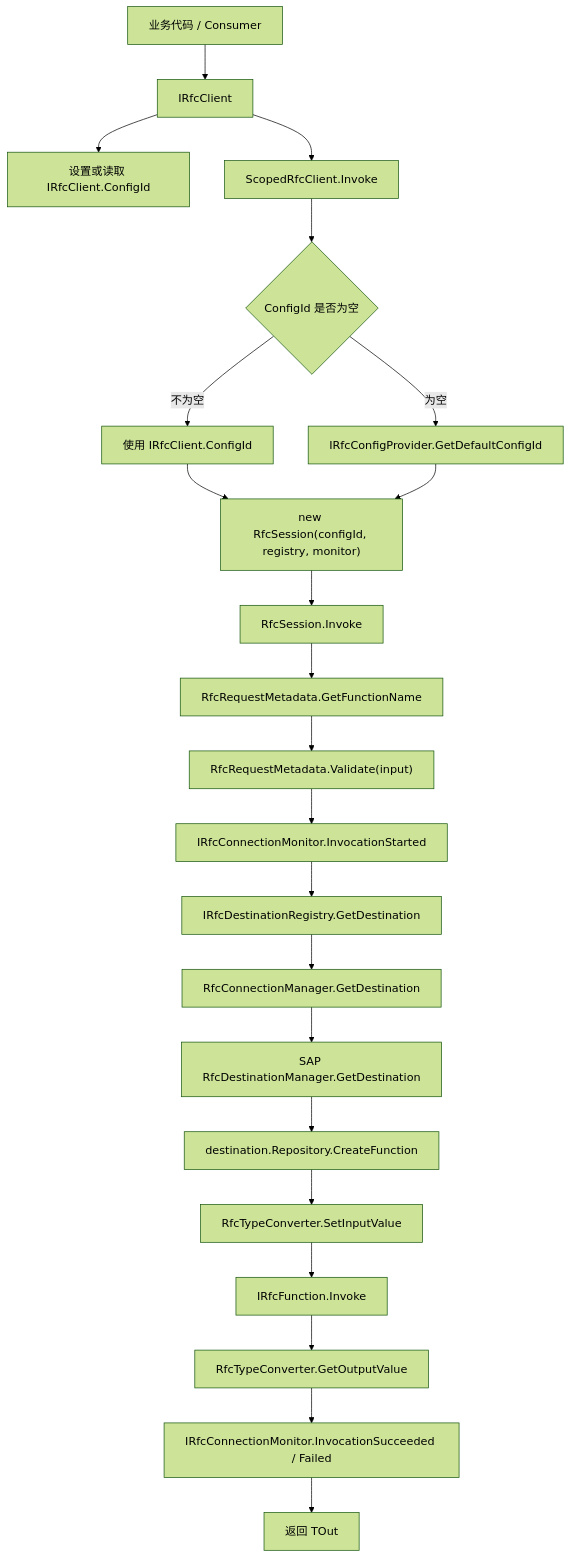
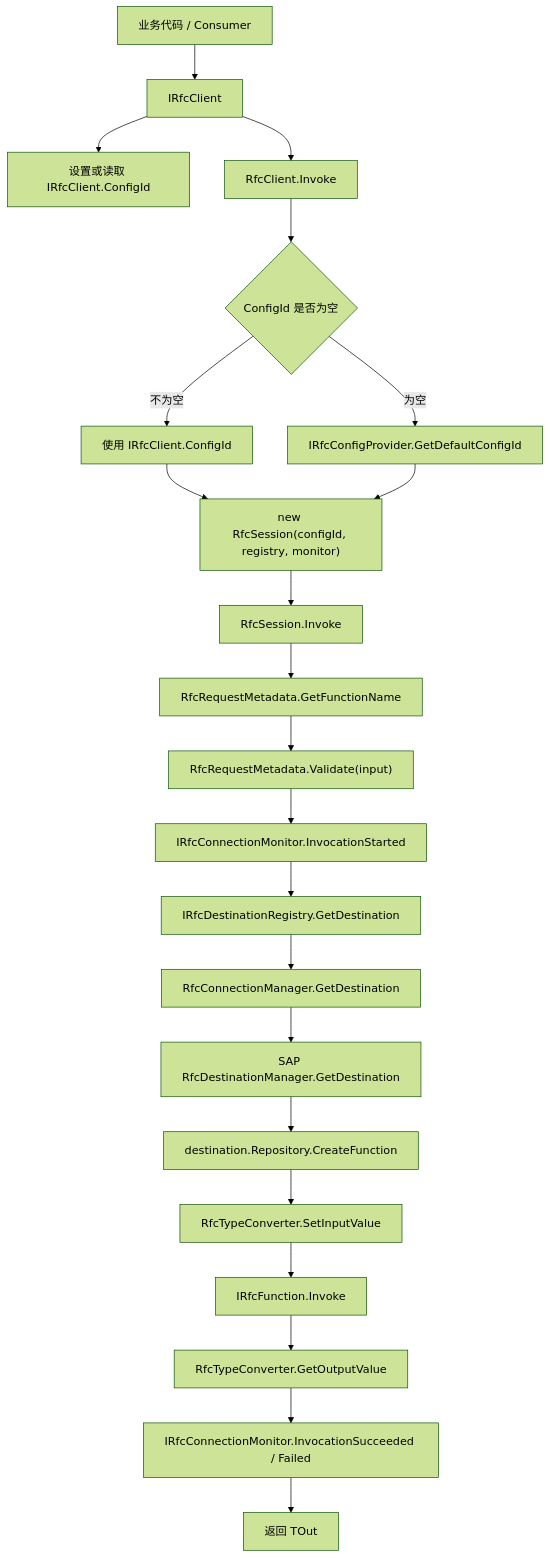
The first of 4 diagrams in docs/file-dependency-roadmap.zh-CN.md (Mitzh/RfcClient), drawn with Mermaid (forest theme) before and after one commit. The commit also changed other lines of this file and 5 other files, not shown here.

First line of the commit message:
feat: 新增无参数 AddRfcClient() 重载，自动从 DI 解析 IConfiguration

````diff
--- a/docs/file-dependency-roadmap.zh-CN.md
+++ b/docs/file-dependency-roadmap.zh-CN.md
@@ -53,24 +53,24 @@
 ```mermaid
 flowchart TD
     A["业务代码 / Consumer"] --> B["IRfcClient"]
     B --> C["设置或读取 IRfcClient.ConfigId"]
-    B --> D["ScopedRfcClient.Invoke"]
+    B --> D["RfcClient.Invoke"]
     D --> E{"ConfigId 是否为空"}
     E -- "不为空" --> F["使用 IRfcClient.ConfigId"]
     E -- "为空" --> G["IRfcConfigProvider.GetDefaultConfigId"]
     F --> H["new RfcSession(configId, registry, monitor)"]
     G --> H
     H --> I["RfcSession.Invoke"]
     I --> J["RfcRequestMetadata.GetFunctionName<TIn>"]
     J --> K["RfcRequestMetadata.Validate(input)"]
     K --> L["IRfcConnectionMonitor.InvocationStarted"]
     L --> M["IRfcDestinationRegistry.GetDestination"]
     M --> N["RfcConnectionManager.GetDestination"]
     N --> O["SAP RfcDestinationManager.GetDestination"]
     O --> P["destination.Repository.CreateFunction"]
     P --> Q["RfcTypeConverter.SetInputValue"]
     Q --> R["IRfcFunction.Invoke"]
     R --> S["RfcTypeConverter.GetOutputValue<TOut>"]
     S --> T["IRfcConnectionMonitor.InvocationSucceeded / Failed"]
     T --> U["返回 TOut"]
 ```
````
